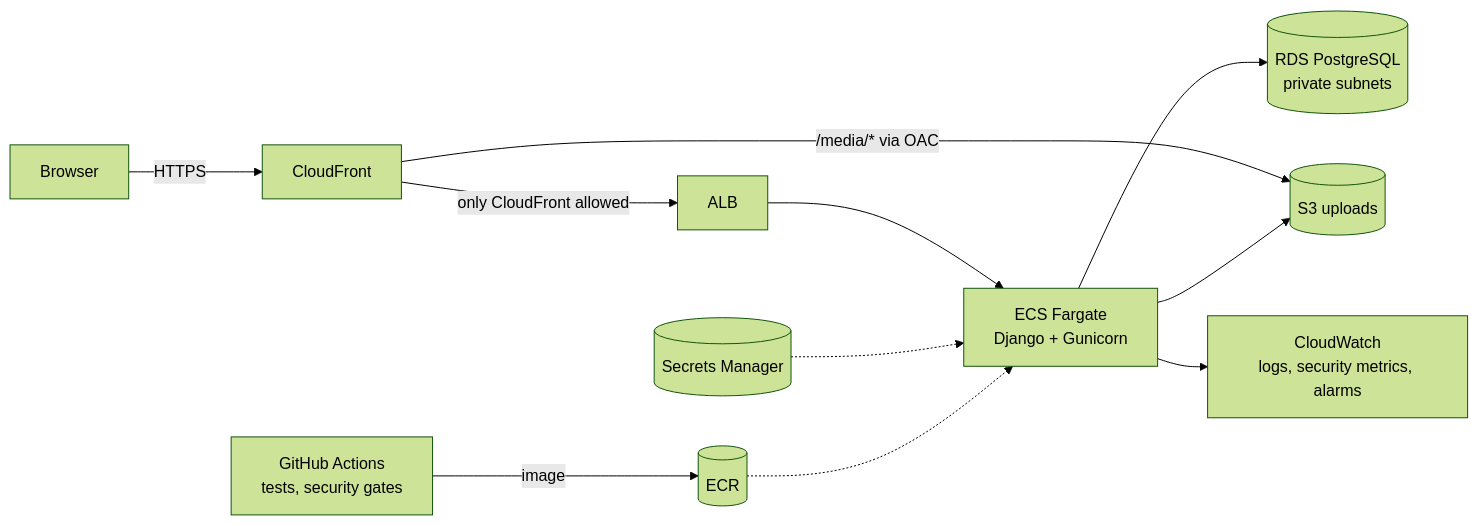
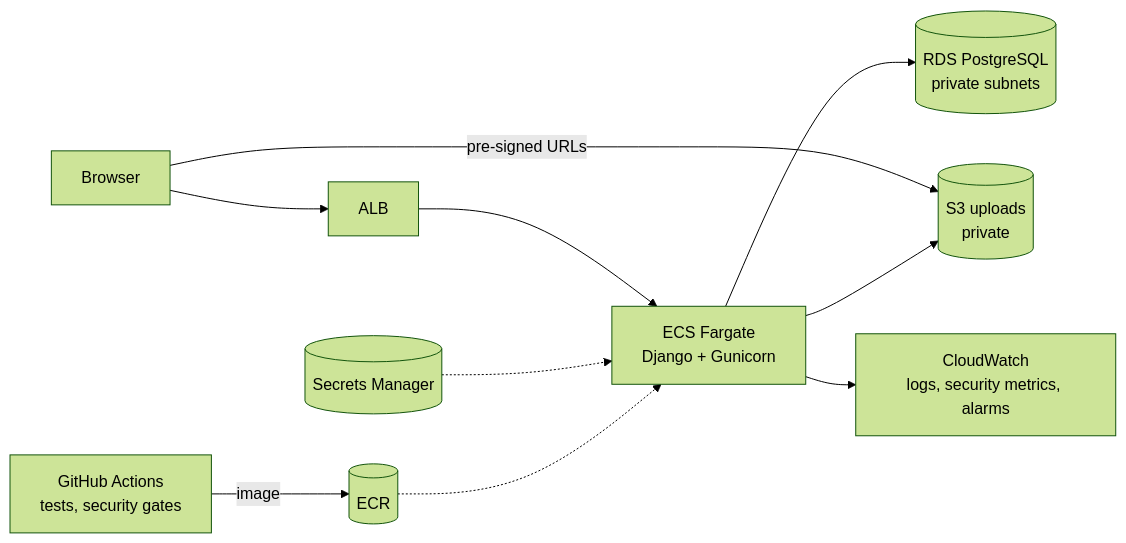
One commit to rayenmabrouk/EPIConnect changed the diagram in README.md. Above: the diagram before and after it, drawn with Mermaid (forest theme). The commit also changed other lines of this file and 7 other files, not shown here.

First line of the commit message:
docs: describe the architecture actually deployed in AWS Academy

````diff
--- a/README.md
+++ b/README.md
@@ -16,11 +16,10 @@
 ```mermaid
 flowchart LR
-    user["Browser"] -->|HTTPS| cf["CloudFront"]
-    cf -->|"only CloudFront allowed"| alb["ALB"] --> ecs["ECS Fargate<br/>Django + Gunicorn"]
-    cf -->|"/media/* via OAC"| s3[("S3 uploads")]
+    user["Browser"] --> alb["ALB"] --> ecs["ECS Fargate<br/>Django + Gunicorn"]
+    user -->|"pre-signed URLs"| s3[("S3 uploads<br/>private")]
     ecs --> rds[("RDS PostgreSQL<br/>private subnets")]
     ecs --> s3
     sm[("Secrets Manager")] -.-> ecs
     ecs --> cw["CloudWatch<br/>logs, security metrics, alarms"]
     gh["GitHub Actions<br/>tests, security gates"] -->|image| ecr[("ECR")] -.-> ecs
 ```
````
